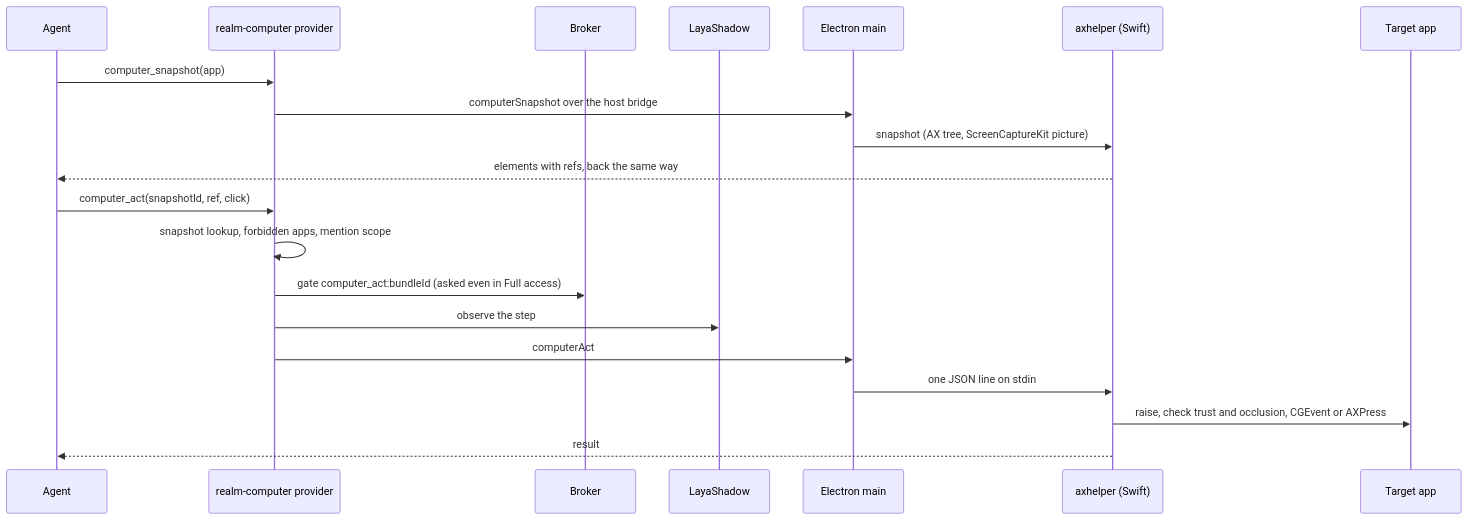
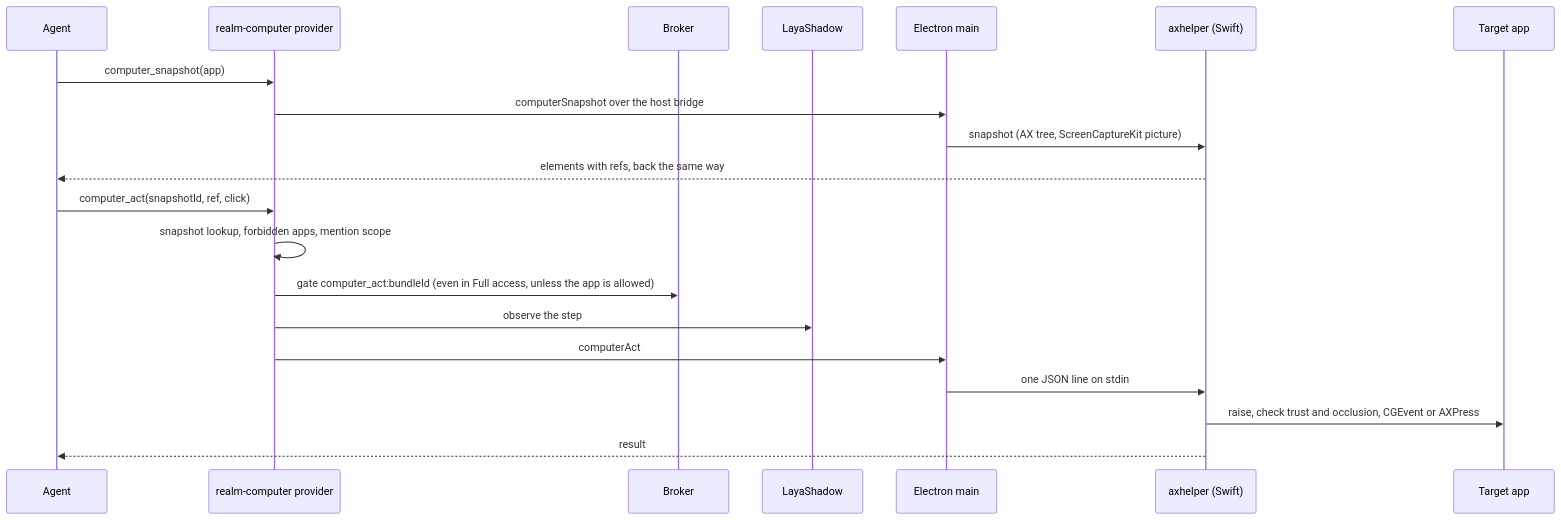
One commit to 31Carlton7/realm changed diagram 16 of 20 in docs/architecture/features.md. Above: the diagram before and after it, drawn with Mermaid. The commit also changed other lines of this file, not shown here.

First line of the commit message:
Say exactly when cards appear in Full access, how a checkpoint commit is built, and what a terminal keeps

````diff
--- a/docs/architecture/features.md
+++ b/docs/architecture/features.md
@@ -670,22 +673,22 @@
 ```mermaid
 sequenceDiagram
   participant X as Agent
   participant C as realm-computer provider
   participant B as Broker
   participant Ly as LayaShadow
   participant M as Electron main
   participant AX as axhelper (Swift)
   participant App as Target app
   X->>C: computer_snapshot(app)
   C->>M: computerSnapshot over the host bridge
   M->>AX: snapshot (AX tree, ScreenCaptureKit picture)
   AX-->>X: elements with refs, back the same way
   X->>C: computer_act(snapshotId, ref, click)
   C->>C: snapshot lookup, forbidden apps, mention scope
-  C->>B: gate computer_act:bundleId (asked even in Full access)
+  C->>B: gate computer_act:bundleId (even in Full access, unless the app is allowed)
   C->>Ly: observe the step
   C->>M: computerAct
   M->>AX: one JSON line on stdin
   AX->>App: raise, check trust and occlusion, CGEvent or AXPress
   AX-->>X: result
 ```
````
